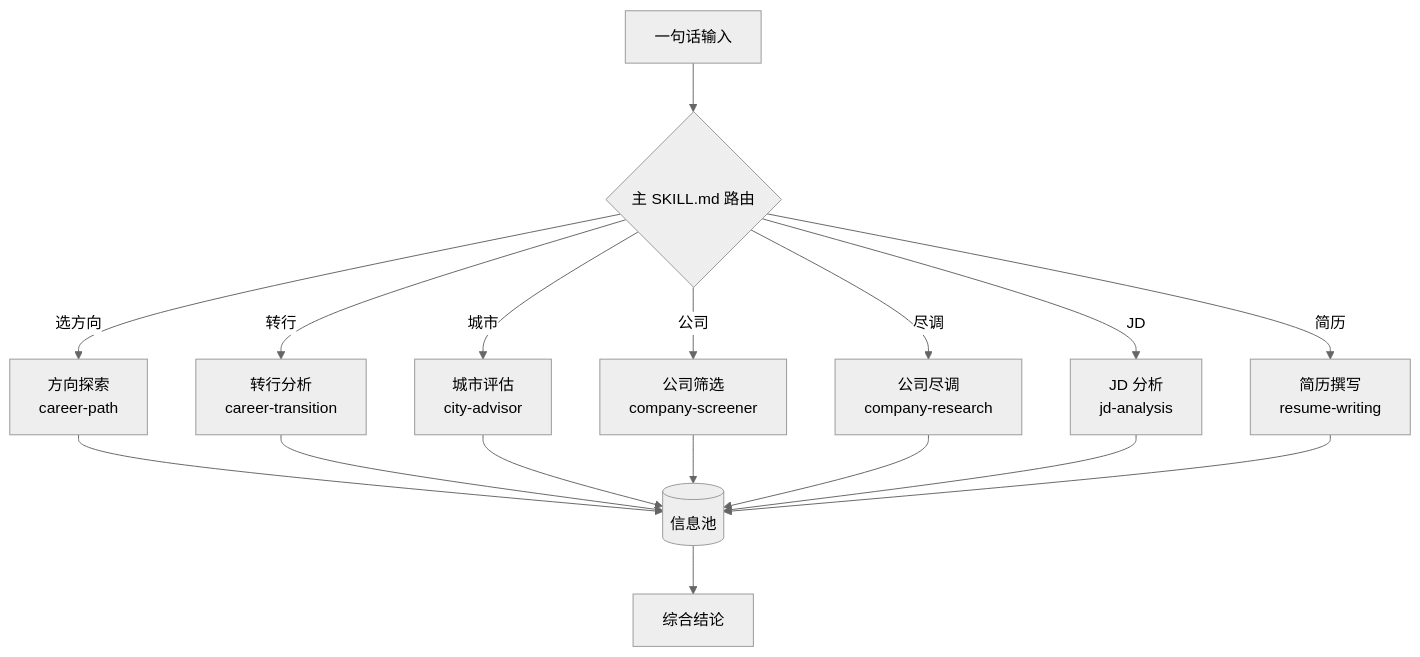
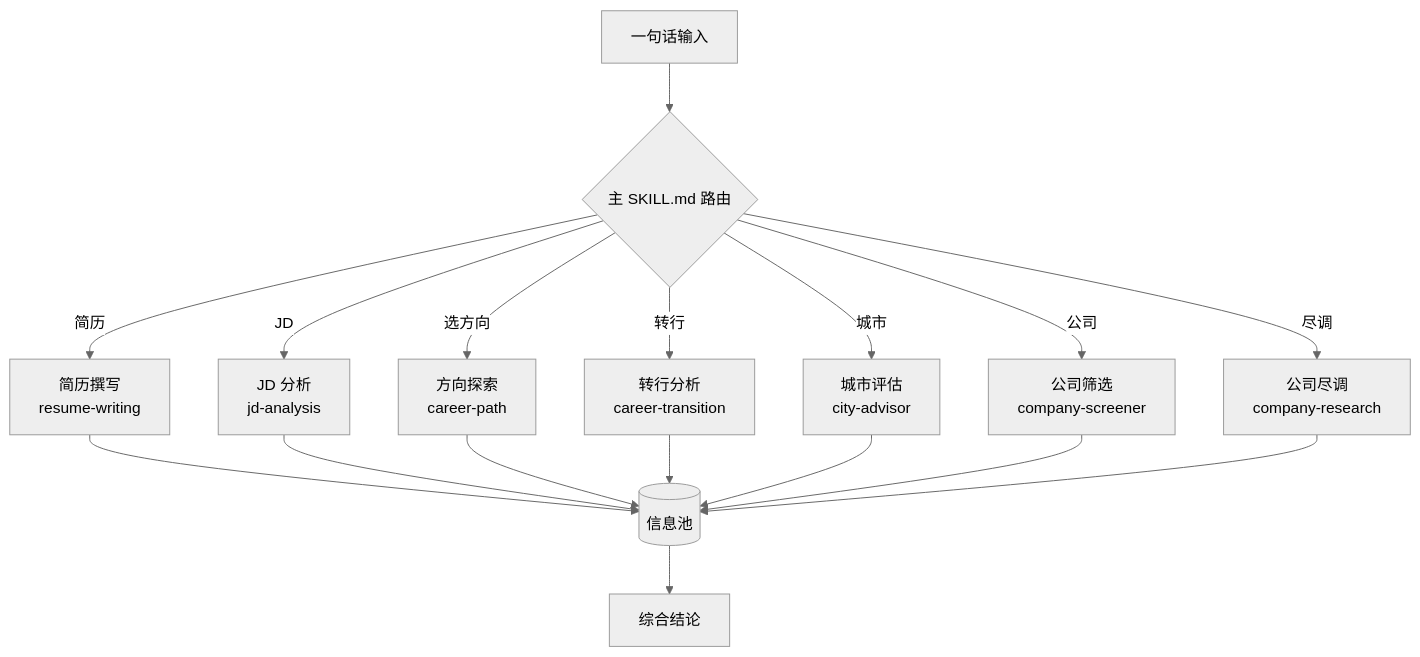
Before and after one commit to Friend-Xu/career-os: the diagram in README.md, drawn with Mermaid (neutral theme). The commit also changed other lines of this file, not shown here.

````diff
--- a/README.md
+++ b/README.md
@@ -9,13 +9,13 @@
 ```mermaid
 flowchart TD
     User["一句话输入"] --> Router{"主 SKILL.md 路由"}
+    Router -->|" 简历"| RW["简历撰写<br/>resume-writing"]
+    Router -->|" JD"| JA["JD 分析<br/>jd-analysis"]
     Router -->|" 选方向"| CP["方向探索<br/>career-path"]
     Router -->|" 转行"| CT["转行分析<br/>career-transition"]
     Router -->|" 城市"| CA["城市评估<br/>city-advisor"]
     Router -->|" 公司"| CS["公司筛选<br/>company-screener"]
     Router -->|" 尽调"| CR["公司尽调<br/>company-research"]
-    Router -->|" JD"| JA["JD 分析<br/>jd-analysis"]
-    Router -->|" 简历"| RW["简历撰写<br/>resume-writing"]
-    CP & CT & CA & CS & CR & JA & RW --> Pool[("信息池")]
+    RW & JA & CP & CT & CA & CS & CR --> Pool[("信息池")]
     Pool --> Summary["综合结论"]
 ```
````
